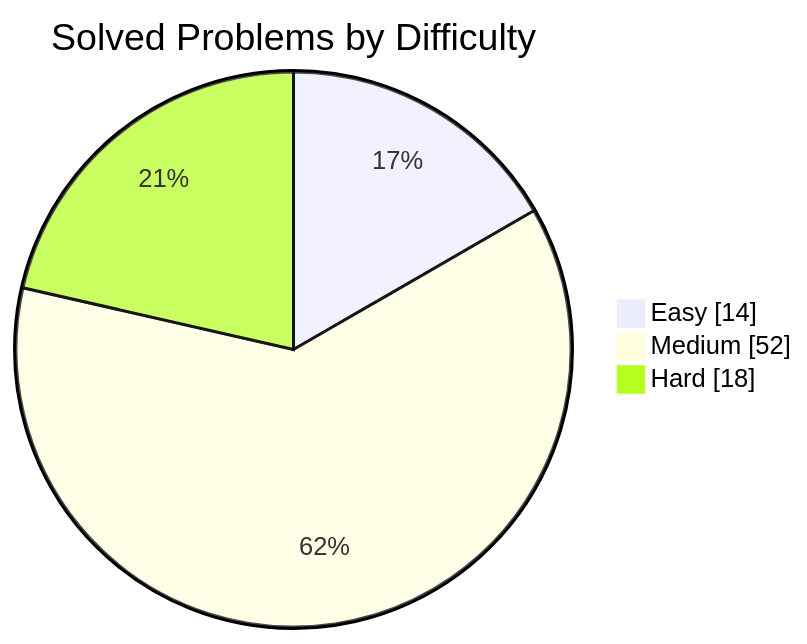
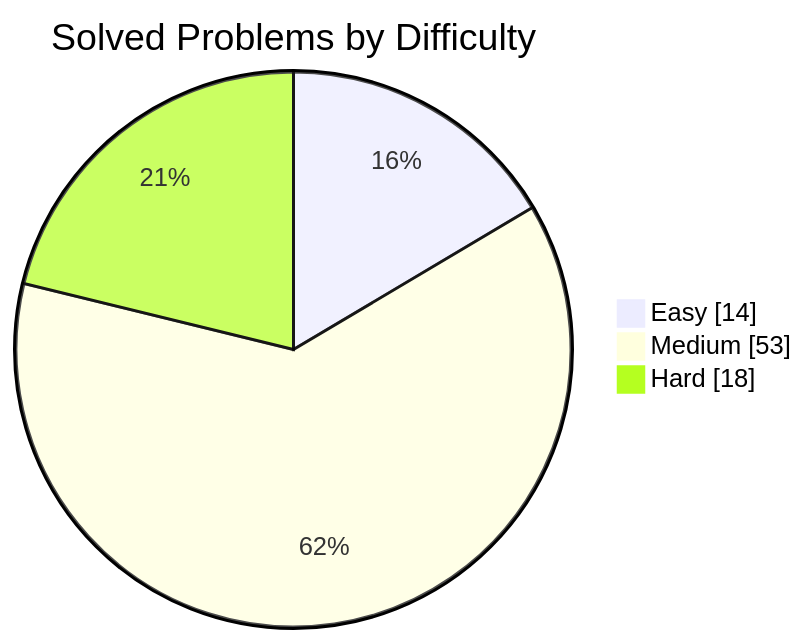
Before and after one commit to manikantbindass/DSA-Preparation-FAANG-: the first of 2 diagrams in README.md, drawn with Mermaid. The commit also changed other lines of this file, not shown here.

````diff
--- a/README.md
+++ b/README.md
@@ -38,7 +38,7 @@
 ```mermaid
 pie showData
     title Solved Problems by Difficulty
     "Easy" : 14
-    "Medium" : 52
+    "Medium" : 53
     "Hard" : 18
 ```
````
